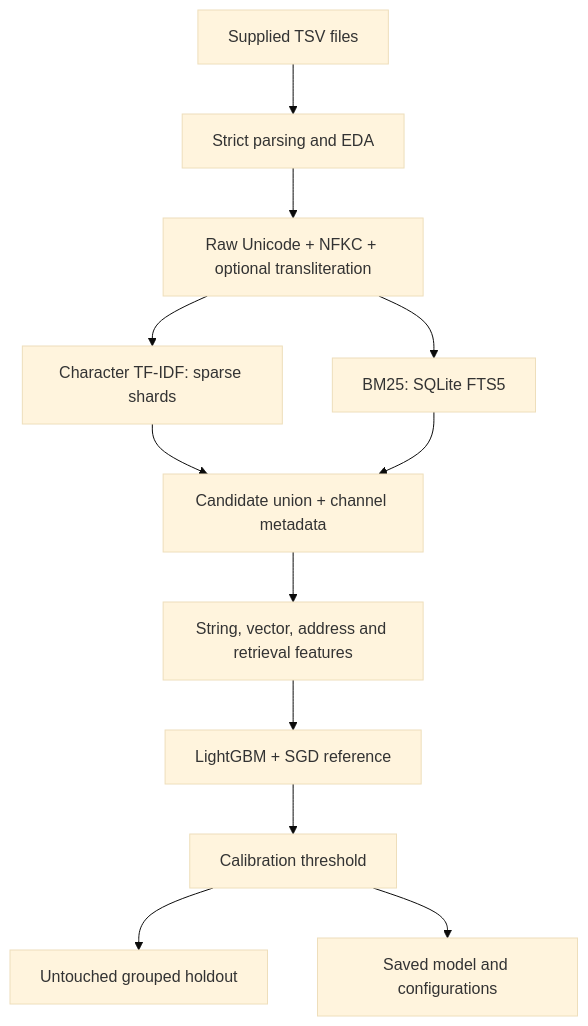
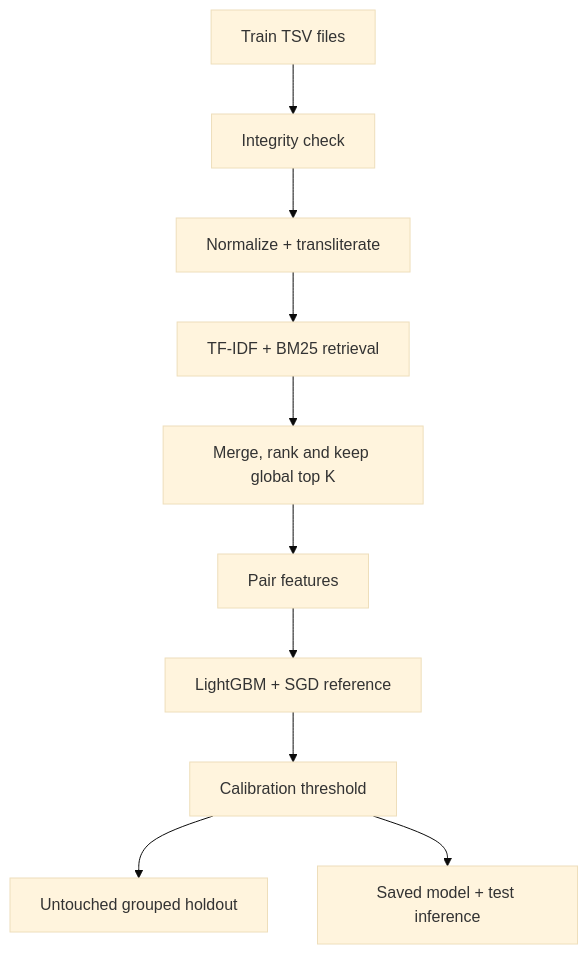
Before and after one commit to alisalmann7386-crypto/Amazon-ML-Challange-2026: the diagram in README.md, drawn with Mermaid (base theme). The commit also changed other lines of this file and 22 other files, not shown here.

````diff
--- a/README.md
+++ b/README.md
@@ -13,14 +9,12 @@
 ```mermaid
 flowchart TD
-    D["Supplied TSV files"] --> E["Strict parsing and EDA"]
-    E --> N["Raw Unicode + NFKC + optional transliteration"]
-    N --> T["Character TF-IDF: sparse shards"]
-    N --> B["BM25: SQLite FTS5"]
-    T --> U["Candidate union + channel metadata"]
-    B --> U
-    U --> F["String, vector, address and retrieval features"]
-    F --> L["LightGBM + SGD reference"]
-    L --> C["Calibration threshold"]
-    C --> H["Untouched grouped holdout"]
-    C --> M["Saved model and configurations"]
+    A["Train TSV files"] --> B["Integrity check"]
+    B --> C["Normalize + transliterate"]
+    C --> D["TF-IDF + BM25 retrieval"]
+    D --> E["Merge, rank and keep global top K"]
+    E --> F["Pair features"]
+    F --> G["LightGBM + SGD reference"]
+    G --> H["Calibration threshold"]
+    H --> I["Untouched grouped holdout"]
+    H --> J["Saved model + test inference"]
 ```
````
